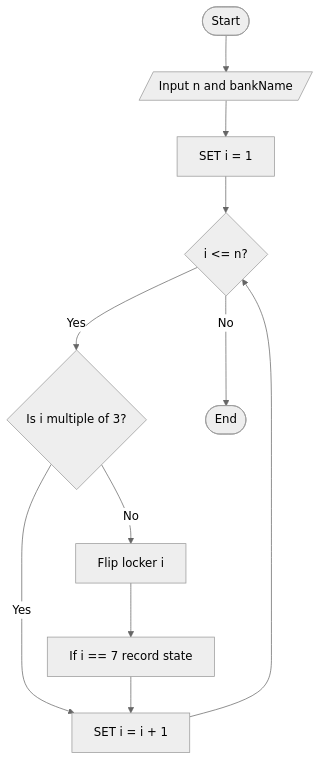
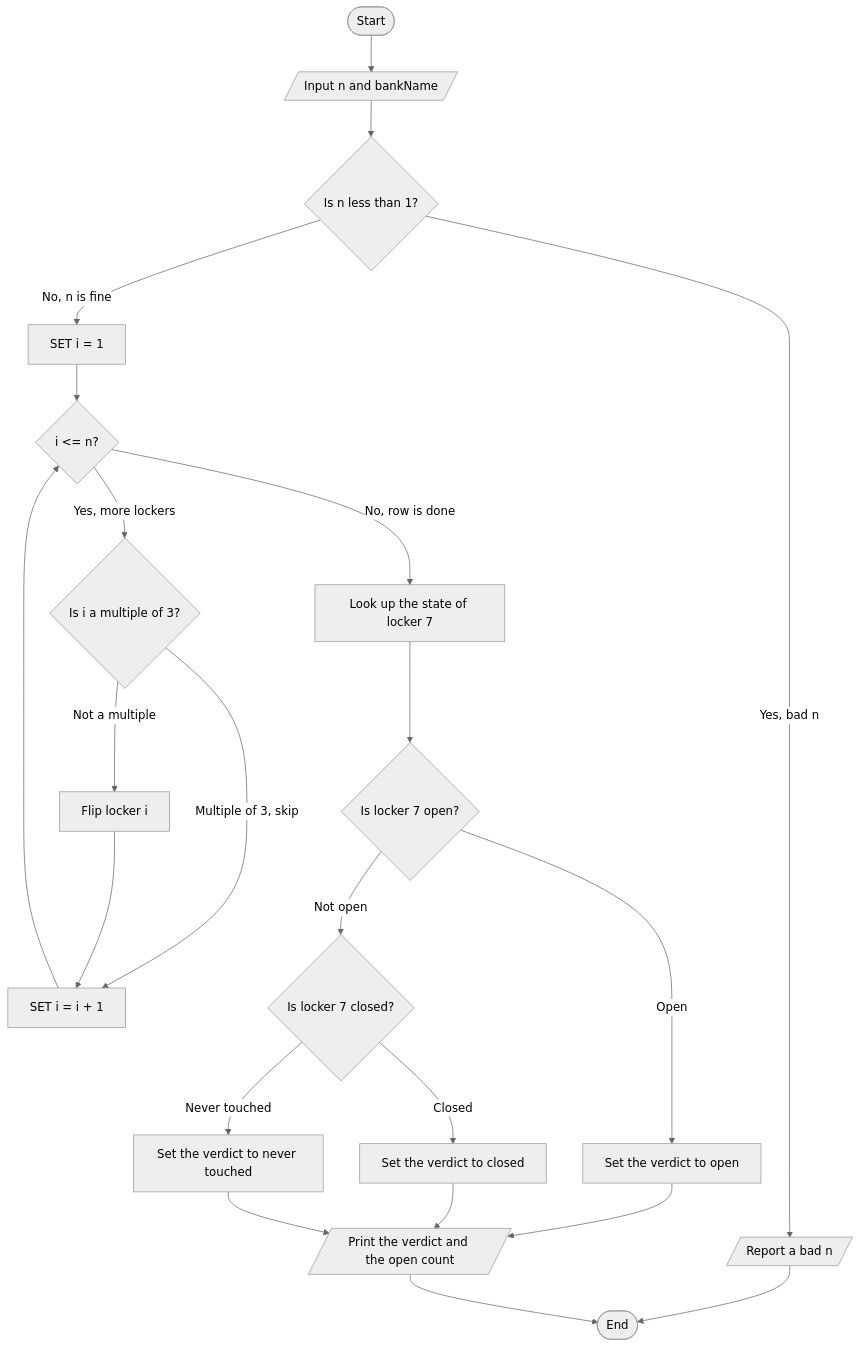
The diagram in lessons/2-6-1-ch2-group-pa-design-chart/solution/chart-tight-while.mmd (shuff57/shCode), drawn with Mermaid (neutral theme) before and after one commit. The commit also changed 5 other files, not shown here.

First line of the commit message:
fix(tests): reference charts match their own problems; 2.7.4 page says a switch is chained diamonds

```diff
--- a/lessons/2-6-1-ch2-group-pa-design-chart/solution/chart-tight-while.mmd
+++ b/lessons/2-6-1-ch2-group-pa-design-chart/solution/chart-tight-while.mmd
@@ -1,20 +1,39 @@
 flowchart TD
   A([Start])
   B[/Input n and bankName/]
-  C[SET i = 1]
-  D{i <= n?}
-  E{Is i multiple of 3?}
-  F[Flip locker i]
-  G[If i == 7 record state]
-  H[SET i = i + 1]
+  C{Is n less than 1?}
+  D[/Report a bad n/]
+  E[SET i = 1]
+  F{i <= n?}
+  G{Is i a multiple of 3?}
+  H[Flip locker i]
+  I[SET i = i + 1]
+  J[Look up the state of locker 7]
+  K{Is locker 7 open?}
+  L[Set the verdict to open]
+  M{Is locker 7 closed?}
+  N[Set the verdict to closed]
+  O[Set the verdict to never touched]
+  P[/Print the verdict and the open count/]
   Z([End])
   A --> B
   B --> C
-  C --> D
-  D -- Yes --> E
-  D -- No --> Z
-  E -- Yes --> H
-  E -- No --> F
-  F --> G
-  G --> H
-  H --> D
+  C -- "Yes, bad n" --> D
+  C -- "No, n is fine" --> E
+  D --> Z
+  E --> F
+  F -- "Yes, more lockers" --> G
+  F -- "No, row is done" --> J
+  G -- "Multiple of 3, skip" --> I
+  G -- "Not a multiple" --> H
+  H --> I
+  I --> F
+  J --> K
+  K -- "Open" --> L
+  K -- "Not open" --> M
+  M -- "Closed" --> N
+  M -- "Never touched" --> O
+  L --> P
+  N --> P
+  O --> P
+  P --> Z
```
